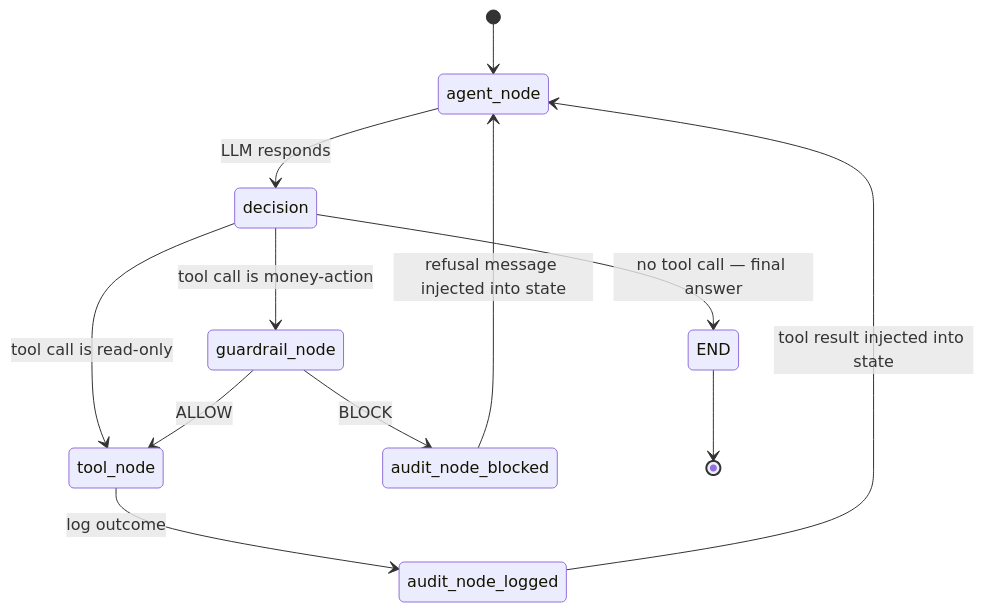
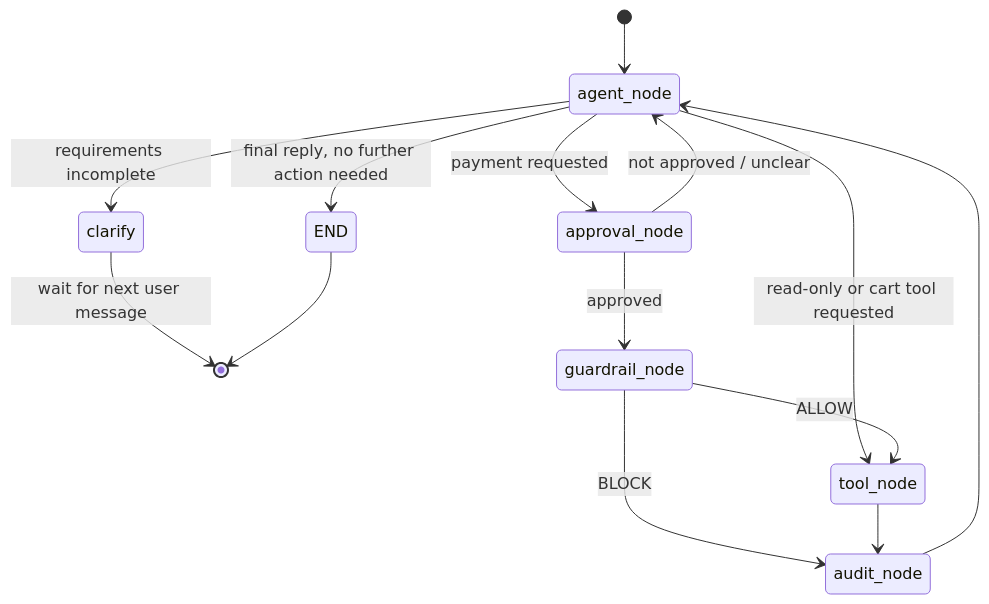
The third of 5 diagrams in docs/ARCHITECTURE.md (Astha64/growthmate), drawn with Mermaid before and after one commit. The commit also changed other lines of this file and 18 other files, not shown here.

````diff
--- a/docs/ARCHITECTURE.md
+++ b/docs/ARCHITECTURE.md
@@ -135,18 +179,16 @@
 ```mermaid
 stateDiagram-v2
     [*] --> agent_node
-    agent_node --> decision: LLM responds
-    decision --> END: no tool call — final answer
-    decision --> guardrail_node: tool call is money-action
-    decision --> tool_node: tool call is read-only
-
+    agent_node --> clarify: requirements incomplete
+    clarify --> [*]: wait for next user message
+    agent_node --> tool_node: read-only or cart tool requested
+    agent_node --> approval_node: payment requested
+    approval_node --> guardrail_node: approved
+    approval_node --> agent_node: not approved / unclear
     guardrail_node --> tool_node: ALLOW
-    guardrail_node --> audit_node_blocked: BLOCK
-
-    audit_node_blocked --> agent_node: refusal message injected into state
-
-    tool_node --> audit_node_logged: log outcome
-    audit_node_logged --> agent_node: tool result injected into state
-
+    guardrail_node --> audit_node: BLOCK
+    tool_node --> audit_node
+    audit_node --> agent_node
+    agent_node --> END: final reply, no further action needed
     END --> [*]
 ```
````
